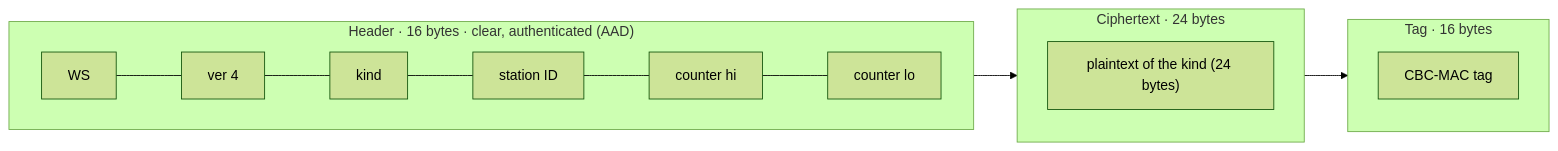
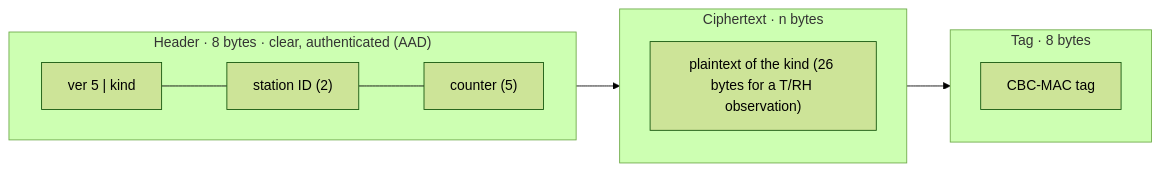
Before and after one commit to clintecker/weather-station-2026: the fifth of 11 diagrams in docs/protocol-stack.md, drawn with Mermaid (forest theme). The commit also changed other lines of this file and 11 other files, not shown here.

````diff
--- a/docs/protocol-stack.md
+++ b/docs/protocol-stack.md
@@ -326,14 +337,14 @@
 ```mermaid
 flowchart LR
-  subgraph HDR["Header · 16 bytes · clear, authenticated (AAD)"]
+  subgraph HDR["Header · 8 bytes · clear, authenticated (AAD)"]
     direction LR
-    h1["WS"] --- h2["ver 4"] --- h3["kind"] --- h4["station ID"] --- h5["counter hi"] --- h6["counter lo"]
+    h1["ver 5 | kind"] --- h2["station ID (2)"] --- h3["counter (5)"]
   end
-  subgraph CT["Ciphertext · 24 bytes"]
-    c1["plaintext of the kind (24 bytes)"]
+  subgraph CT["Ciphertext · n bytes"]
+    c1["plaintext of the kind (26 bytes for a T/RH observation)"]
   end
-  subgraph TAG["Tag · 16 bytes"]
+  subgraph TAG["Tag · 8 bytes"]
     t1["CBC-MAC tag"]
   end
   HDR --> CT --> TAG
 ```
````
